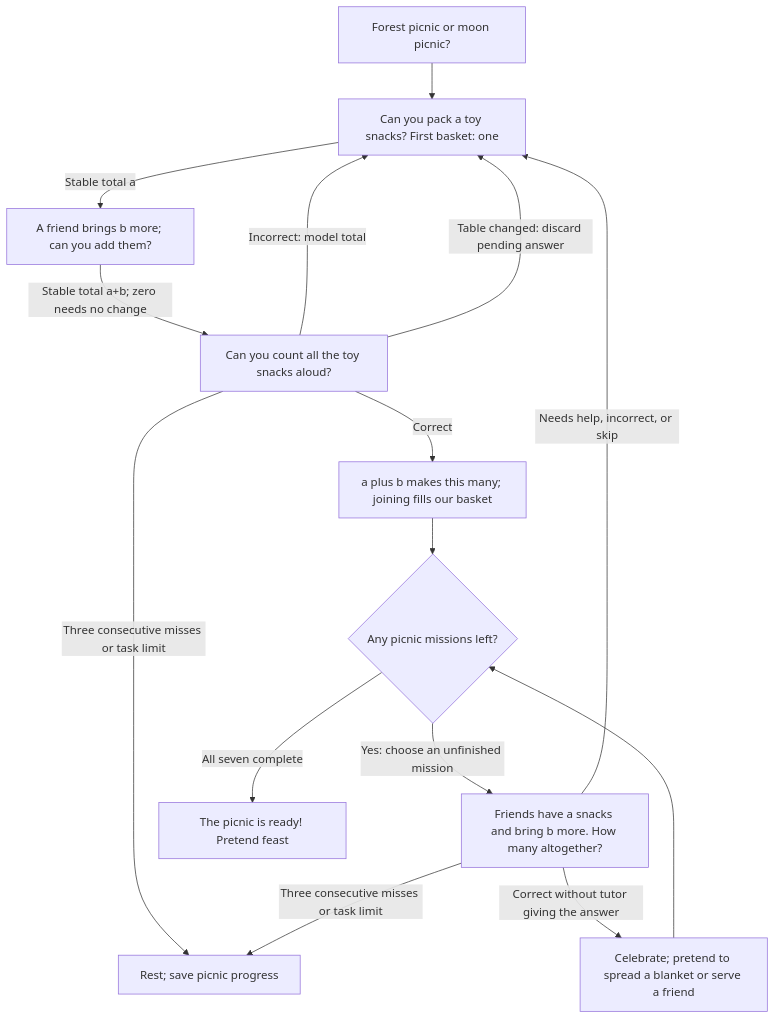
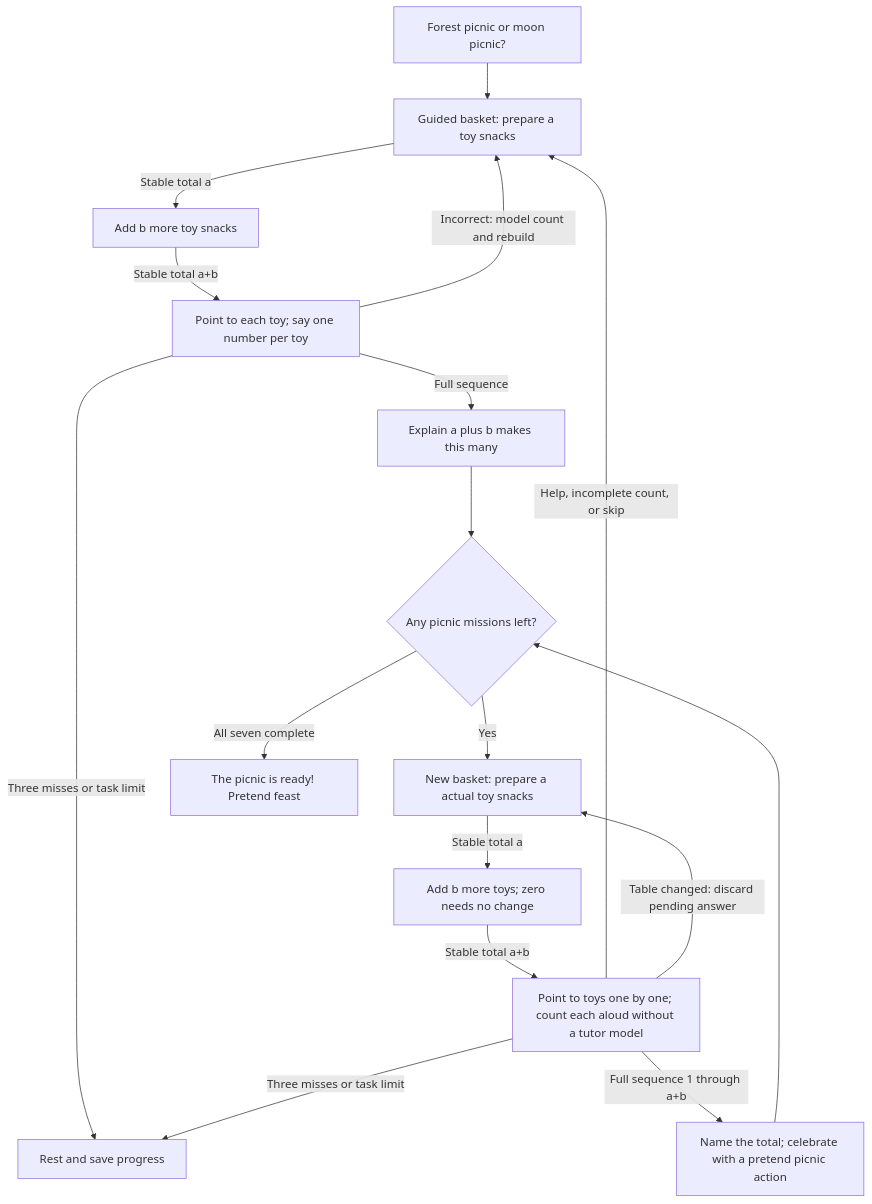
One commit to sealsbroken/unmath changed the diagram in docs/wiki/Lesson-2-Add-up-to-five.md. Above: the diagram before and after it, drawn with Mermaid. The commit also changed other lines of this file and 8 other files, not shown here.

Commit message:
Require one-by-one counting of real toys in the first lessons

````diff
--- a/docs/wiki/Lesson-2-Add-up-to-five.md
+++ b/docs/wiki/Lesson-2-Add-up-to-five.md
@@ -22,17 +23,19 @@
 ```mermaid
 flowchart TD
-    Choose["Forest picnic or moon picnic?"] --> Base["Can you pack a toy snacks? First basket: one"]
-    Base -->|"Stable total a"| Add["A friend brings b more; can you add them?"]
-    Add -->|"Stable total a+b; zero needs no change"| Count["Can you count all the toy snacks aloud?"]
-    Count -->|"Correct"| Explain["a plus b makes this many; joining fills our basket"]
+    Choose["Forest picnic or moon picnic?"] --> Base["Guided basket: prepare a toy snacks"]
+    Base -->|"Stable total a"| Add["Add b more toy snacks"]
+    Add -->|"Stable total a+b"| Count["Point to each toy; say one number per toy"]
+    Count -->|"Full sequence"| Explain["Explain a plus b makes this many"]
     Explain --> Select{"Any picnic missions left?"}
-    Select -->|"Yes: choose an unfinished mission"| Mission["Friends have a snacks and bring b more. How many altogether?"]
-    Mission -->|"Correct without tutor giving the answer"| Play["Celebrate; pretend to spread a blanket or serve a friend"]
+    Select -->|"Yes"| Pack["New basket: prepare a actual toy snacks"]
+    Pack -->|"Stable total a"| Join["Add b more toys; zero needs no change"]
+    Join -->|"Stable total a+b"| Mission["Point to toys one by one; count each aloud without a tutor model"]
+    Mission -->|"Full sequence 1 through a+b"| Play["Name the total; celebrate with a pretend picnic action"]
     Play --> Select
-    Mission -->|"Needs help, incorrect, or skip"| Base
-    Count -->|"Incorrect: model total"| Base
-    Count -->|"Table changed: discard pending answer"| Base
+    Mission -->|"Help, incomplete count, or skip"| Base
+    Mission -->|"Table changed: discard pending answer"| Pack
+    Count -->|"Incorrect: model count and rebuild"| Base
     Select -->|"All seven complete"| Feast["The picnic is ready! Pretend feast"]
-    Count -->|"Three consecutive misses or task limit"| Rest["Rest; save picnic progress"]
-    Mission -->|"Three consecutive misses or task limit"| Rest
+    Count -->|"Three misses or task limit"| Rest["Rest and save progress"]
+    Mission -->|"Three misses or task limit"| Rest
 ```
````
